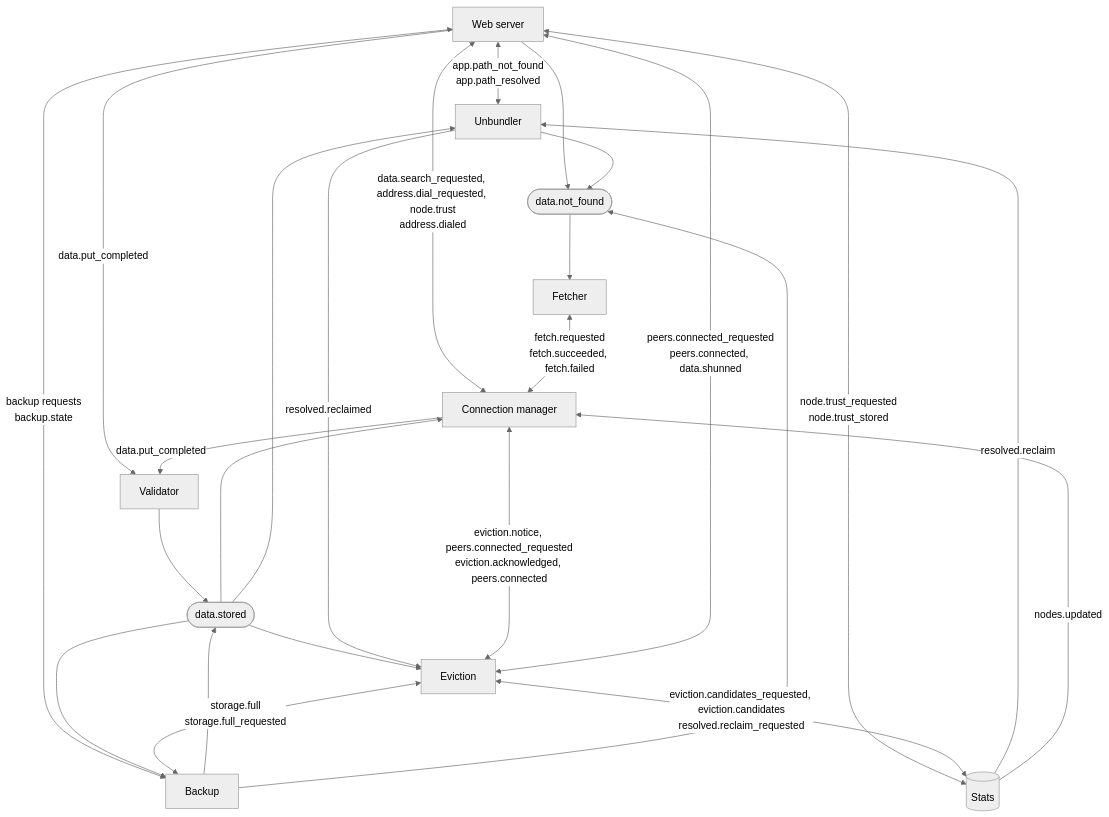
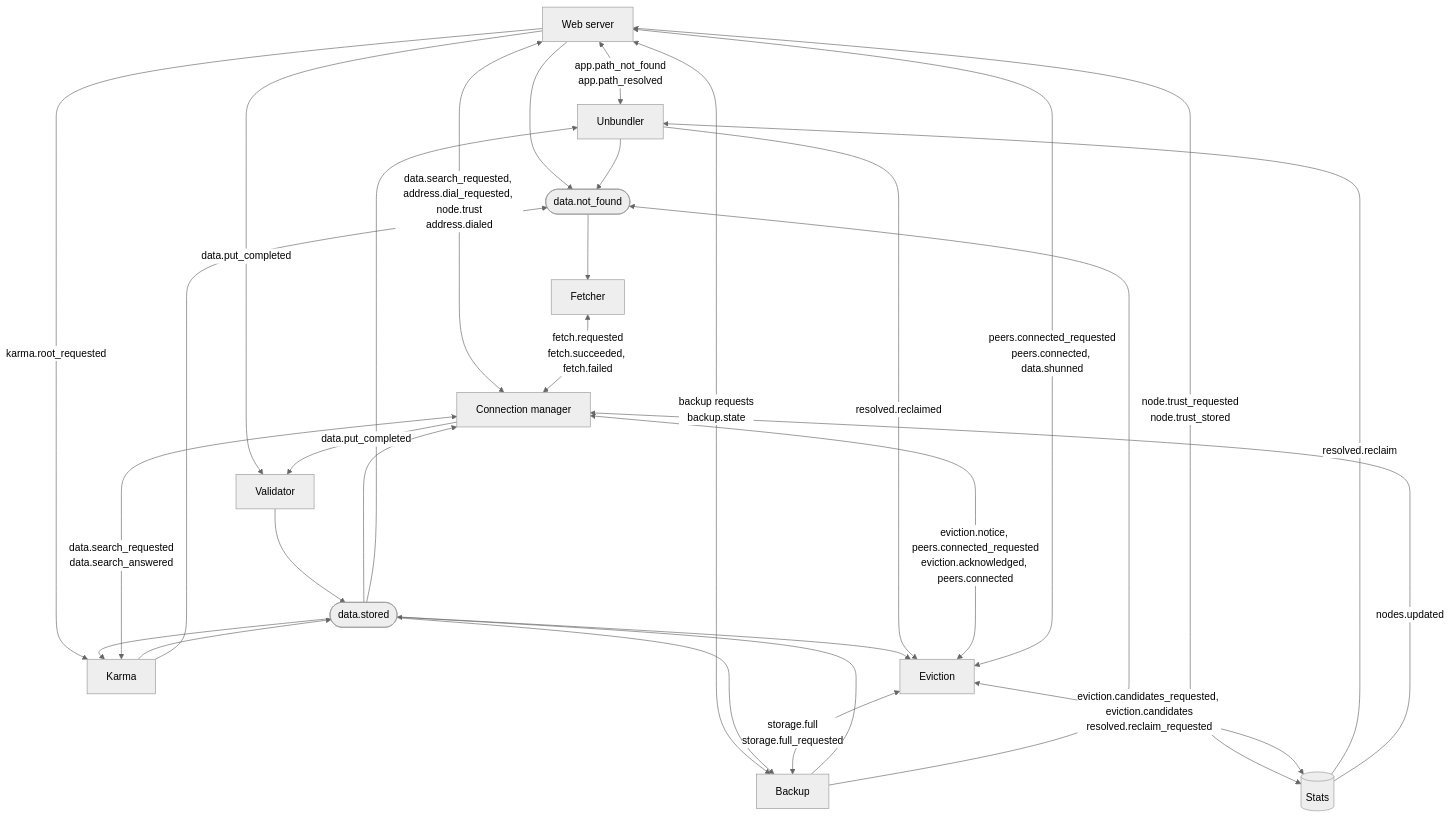
One commit to marcpage/libranet changed the eighth of 13 diagrams in docs/implementation/Module System.md. Above: the diagram before and after it, drawn with Mermaid (neutral theme). The commit also changed other lines of this file and 19 other files, not shown here.

First line of the commit message:
Making the Karma root from /config (#443) (#490)

````diff
--- a/docs/implementation/Module System.md
+++ b/docs/implementation/Module System.md
@@ -1036,38 +1046,44 @@
 ```mermaid
 flowchart TB
     web["Web server"]
     unb["Unbundler"]
     backup["Backup"]
+    karma["Karma"]
     val["Validator"]
     fetch["Fetcher"]
     conn["Connection manager"]
     evict["Eviction"]
     stats[("Stats")]
     stored(["data.stored"])
     missing(["data.not_found"])
 
     web <-->|"app.path_not_found<br/>app.path_resolved"| unb
     web <-->|"backup requests<br/>backup.state"| backup
     web -->|"data.put_completed"| val
     web <-->|"data.search_requested, address.dial_requested, node.trust<br/>address.dialed"| conn
     web <-->|"node.trust_requested<br/>node.trust_stored"| stats
+    web -->|"karma.root_requested"| karma
+    karma <-->|"data.search_requested<br/>data.search_answered"| conn
     conn -->|"data.put_completed"| val
     val --> stored
     backup --> stored
+    karma --> stored
     stored --> conn
     stored --> evict
     stored --> backup
     stored --> unb
+    stored --> karma
     web --> missing
     unb --> missing
     backup --> missing
+    karma --> missing
     missing --> fetch
     fetch <-->|"fetch.requested<br/>fetch.succeeded, fetch.failed"| conn
     evict <-->|"eviction.notice, peers.connected_requested<br/>eviction.acknowledged, peers.connected"| conn
     evict <-->|"peers.connected_requested<br/>peers.connected, data.shunned"| web
     evict <-->|"storage.full<br/>storage.full_requested"| backup
     evict <-->|"eviction.candidates_requested, eviction.candidates<br/>resolved.reclaim_requested"| stats
     stats -->|"resolved.reclaim"| unb
     unb -->|"resolved.reclaimed"| evict
     stats -->|"nodes.updated"| conn
 ```
````
